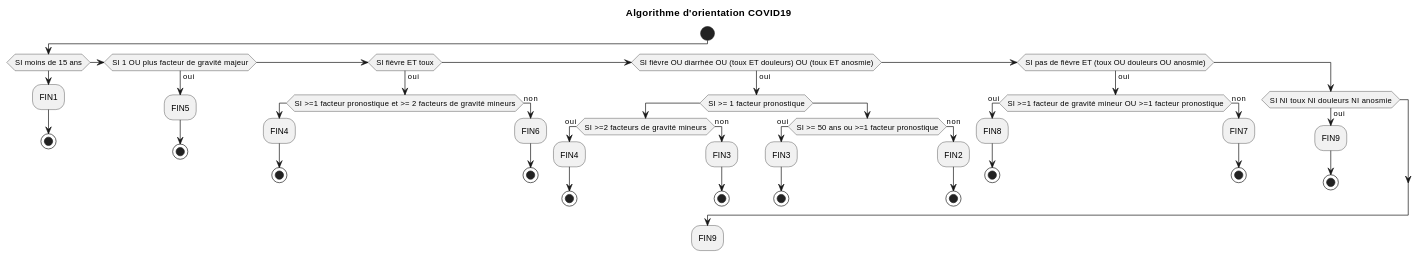
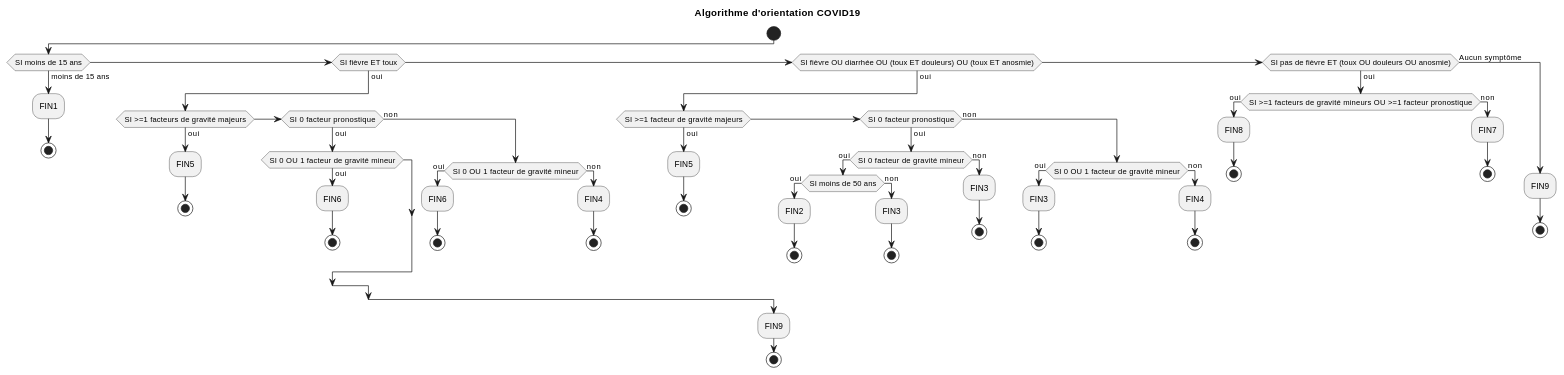
Before and after one commit to bzg/covid19-algorithme-orientation: the diagram in diagramme.org, drawn with PlantUML. The commit also changed 11 other files, not shown here.

```diff
--- a/diagramme.org
+++ b/diagramme.org
@@ -1,62 +1,75 @@
 #+begin_src plantuml :file diagramme-algorithme-orientation-covid19.png
 @startuml
 title Algorithme d'orientation COVID19
 
 start
 
-if (SI moins de 15 ans) then
+if (SI moins de 15 ans) then (moins de 15 ans)
    :FIN1;
    stop
 
-elseif (SI 1 OU plus facteur de gravité majeur) then (oui)
-       :FIN5;
-       stop
-
 elseif (SI fièvre ET toux) then (oui)
-       if (SI >=1 facteur pronostique et >= 2 facteurs de gravité mineurs) then
-          :FIN4;
+       if (SI >=1 facteurs de gravité majeurs) then (oui)
+          :FIN5;
           stop
+       elseif (SI 0 facteur pronostique) then (oui)
+          if (SI 0 OU 1 facteur de gravité mineur) then (oui)
+             :FIN6;
+             stop
+          endif
        else (non)
-          :FIN6;
-          stop
+          if (SI 0 OU 1 facteur de gravité mineur) then (oui)
+             :FIN6;
+             stop
+          else (non)
+             :FIN4;
+             stop
+          endif
        endif
 
 elseif (SI fièvre OU diarrhée OU (toux ET douleurs) OU (toux ET anosmie)) then (oui)
-        if (SI >= 1 facteur pronostique) then
-           if (SI >=2 facteurs de gravité mineurs) then (oui)
-              :FIN4;
-               stop
+       if (SI >=1 facteur de gravité majeurs) then (oui)
+          :FIN5;
+          stop
+       elseif (SI 0 facteur pronostique) then (oui)
+           if (SI 0 facteur de gravité mineur) then (oui)
+              if (SI moins de 50 ans) then (oui)
+                 :FIN2;
+                 stop;
+              else (non)
+                 :FIN3;
+                 stop;
+              endif
            else (non)
               :FIN3;
+              stop;
+           endif
+        else (non)
+           if (SI 0 OU 1 facteur de gravité mineur) then (oui)
+              :FIN3;
+              stop
+           else (non)
+              :FIN4;
               stop
            endif
-        else 
-            if (SI >= 50 ans ou >=1 facteur pronostique) then (oui)
-               :FIN3;
-               stop
-            else (non)
-               :FIN2; 
-               stop
-            endif
         endif
 
 elseif (SI pas de fièvre ET (toux OU douleurs OU anosmie)) then (oui)
-       if (SI >=1 facteur de gravité mineur OU >=1 facteur pronostique) then (oui)
-          :FIN8; 
+       if (SI >=1 facteurs de gravité mineurs OU >=1 facteur pronostique) then (oui)
+          :FIN8;
           stop
        else (non)
           :FIN7;
           stop
        endif
 
-else
-       if (SI NI toux NI douleurs NI anosmie) then (oui)
-         :FIN9;
-         stop
-       endif
+else (Aucun symptôme)
+     :FIN9;
+     stop
 endif
 
 :FIN9;
+stop
 
 @enduml
 #+end_src
```
